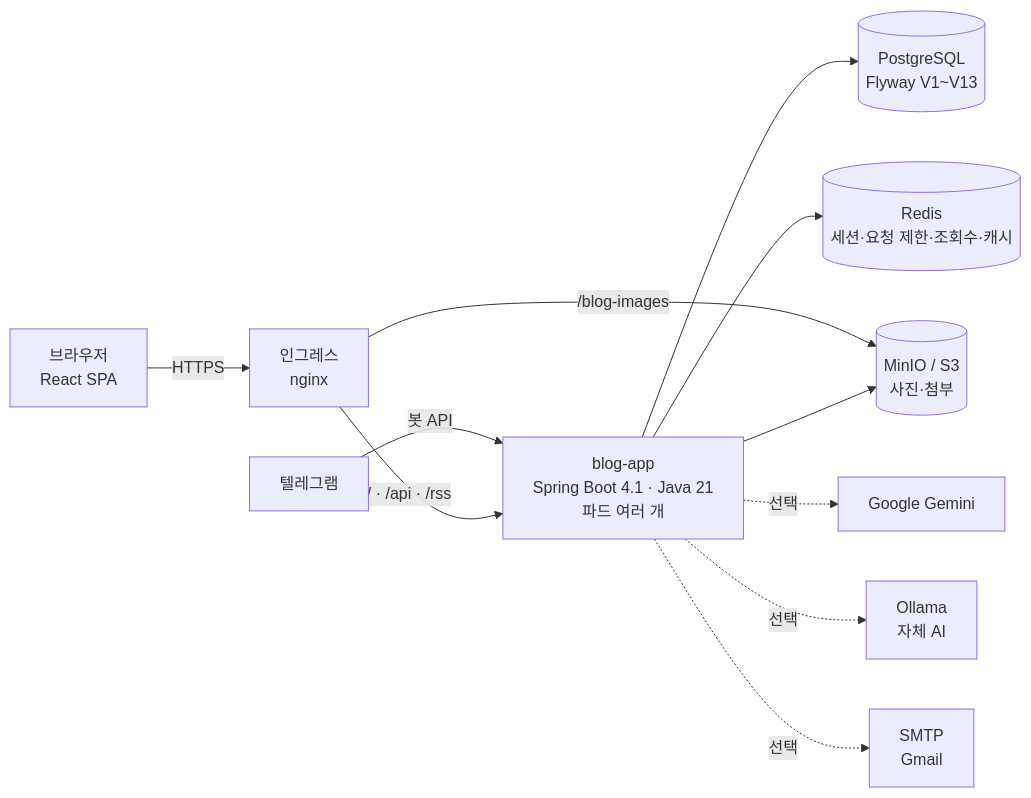
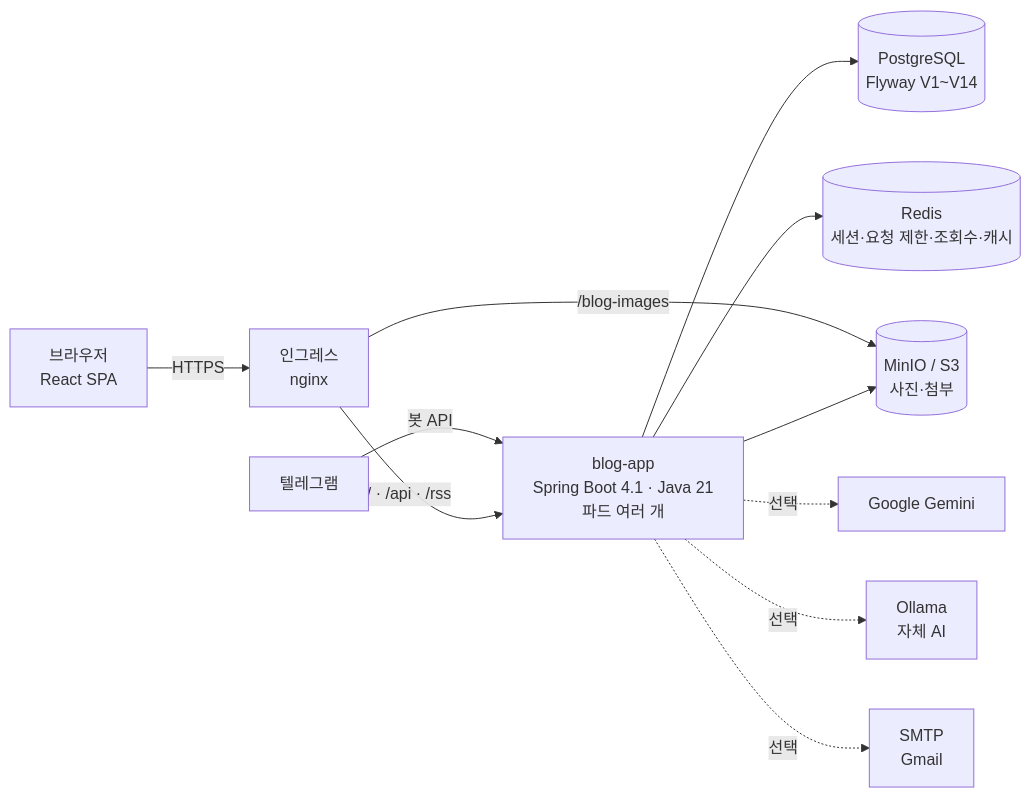
The first of 3 diagrams in profile/README.md (AIGJ-01-002-blog/.github), drawn with Mermaid before and after one commit. The commit also changed other lines of this file, not shown here.

````diff
--- a/profile/README.md
+++ b/profile/README.md
@@ -145,13 +145,13 @@
 ```mermaid
 flowchart LR
     B[브라우저<br/>React SPA] -->|HTTPS| I[인그레스<br/>nginx]
     T[텔레그램] -->|봇 API| A
     I -->|/ · /api · /rss| A[blog-app<br/>Spring Boot 4.1 · Java 21<br/>파드 여러 개]
     I -->|/blog-images| M[(MinIO / S3<br/>사진·첨부)]
-    A --> P[(PostgreSQL<br/>Flyway V1~V13)]
+    A --> P[(PostgreSQL<br/>Flyway V1~V14)]
     A --> R[(Redis<br/>세션·요청 제한·조회수·캐시)]
     A --> M
     A -.선택.-> G[Google Gemini]
     A -.선택.-> O[Ollama<br/>자체 AI]
     A -.선택.-> S[SMTP<br/>Gmail]
 ```
````
